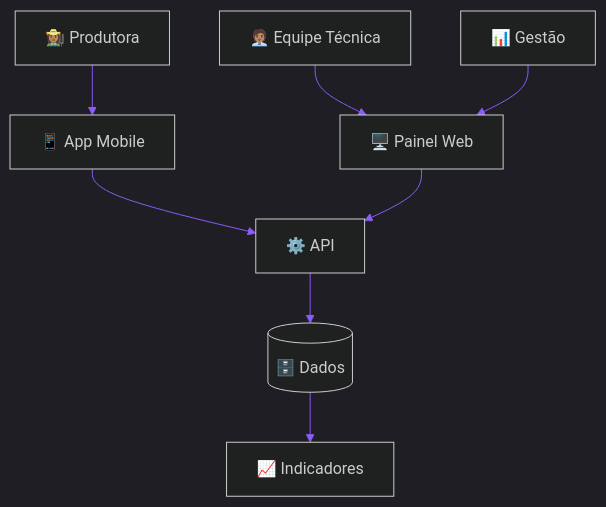
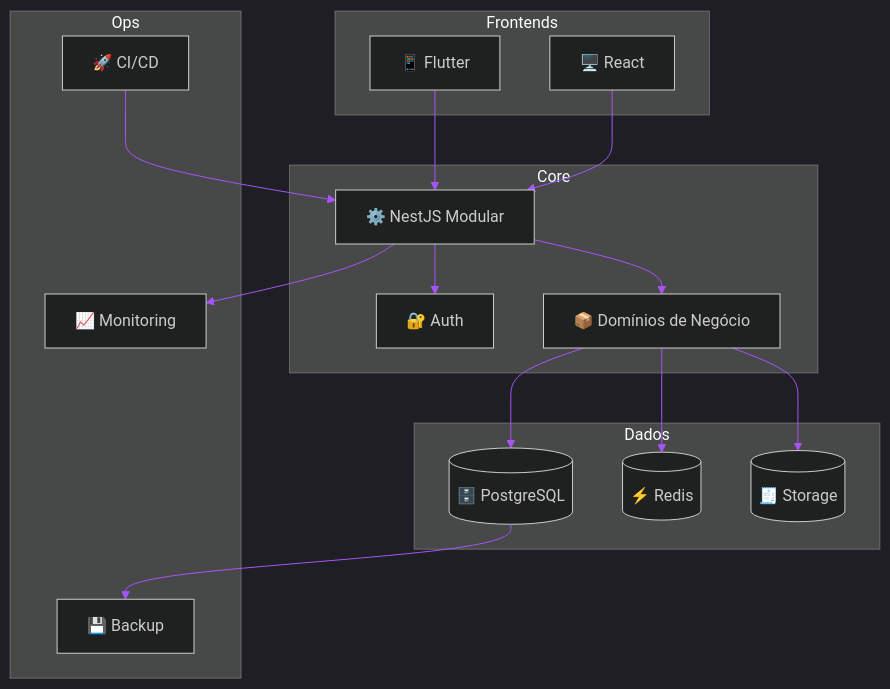
One commit to matheusdiamantino-betalent/questions-ai changed the third of 7 diagrams in test.md. Above: the diagram before and after it, drawn with Mermaid. The commit also changed other lines of this file, not shown here.

````diff
--- a/test.md
+++ b/test.md
@@ -362,22 +341,45 @@
 ```mermaid
 %%{init: {
-  'theme': 'dark',
-  'themeVariables': {
-    'background': '#050816',
-    'primaryColor': '#12F7FF',
-    'primaryBorderColor': '#22C55E',
-    'primaryTextColor': '#F0FDFF',
-    'lineColor': '#8B5CF6',
-    'secondaryColor': '#111827',
-    'secondaryTextColor': '#F0FDFF'
-  }
-}}%%
-flowchart TD
-A[👩🏽‍🌾 Produtora] --> B[📱 App Mobile]
-C[🧑🏽‍💼 Equipe Técnica] --> D[🖥️ Painel Web]
-E[📊 Gestão] --> D
-B --> F[⚙️ API]
-D --> F
-F --> G[(🗄️ Dados)]
-G --> H[📈 Indicadores]
+'theme':'dark',
+'themeVariables':{
+'background':'#050816',
+'primaryColor':'#00F5FF',
+'primaryTextColor':'#F8FAFC',
+'primaryBorderColor':'#39FF14',
+'lineColor':'#A855F7'
+}}}%%
+flowchart TB
+subgraph Frontends
+A[📱 Flutter]
+B[🖥️ React]
+end
+
+subgraph Core
+C[⚙️ NestJS Modular]
+D[🔐 Auth]
+E[📦 Domínios de Negócio]
+end
+
+subgraph Dados
+F[(🗄️ PostgreSQL)]
+G[(⚡ Redis)]
+H[(🧾 Storage)]
+end
+
+subgraph Ops
+I[📈 Monitoring]
+J[💾 Backup]
+K[🚀 CI/CD]
+end
+
+A --> C
+B --> C
+C --> D
+C --> E
+E --> F
+E --> G
+E --> H
+C --> I
+F --> J
+K --> C
 ```
````
